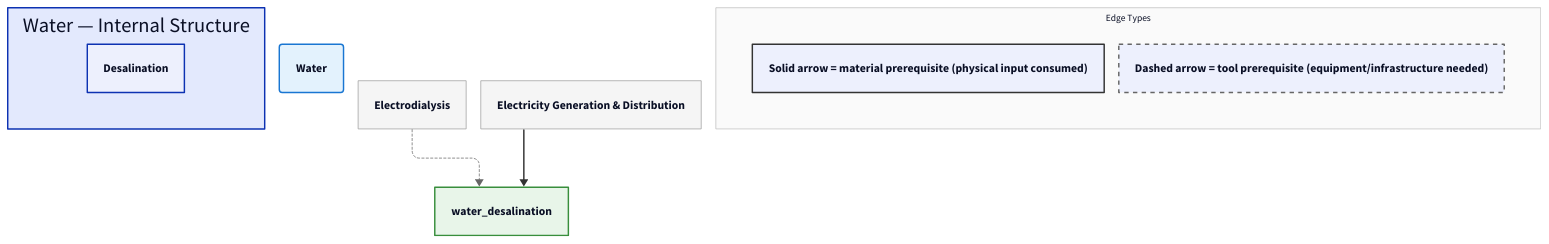
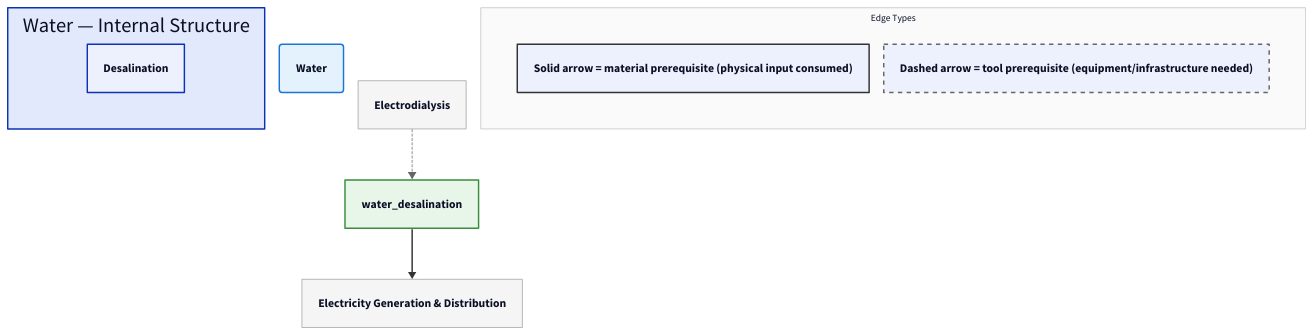
One commit to egofree/TechTree changed the diagram in diagrams/d2/water.d2. Above: the diagram before and after it, drawn with D2. The commit also changed 13 other files, not shown here.

First line of the commit message:
chore: regenerate diagrams after hyperlink changes

```diff
--- a/diagrams/d2/water.d2
+++ b/diagrams/d2/water.d2
@@ -1,128 +1,128 @@
 vars: {
   d2-config: {
     layout-engine: elk
     pad: 20
     center: true
   }
 }
 
 direction: down
 
 classes: {
   domain: {
     style: {
       fill: "#e3f2fd"
       stroke: "#1976d2"
       stroke-width: 2
       border-radius: 4
     }
   }
   capability: {
     style: {
       fill: "#e8f5e9"
       stroke: "#388e3c"
       stroke-width: 2
     }
   }
   process: {
     style: {
       fill: "#fff3e0"
       stroke: "#f57c00"
       stroke-width: 2
     }
   }
   critical: {
     style: {
       fill: "#fff3e0"
       stroke: "#f57c00"
       stroke-width: 3
       bold: true
     }
   }
   earlyWin: {
     style: {
       fill: "#e8f5e9"
       stroke: "#388e3c"
       stroke-width: 3
     }
   }
   pinnacle: {
     style: {
       fill: "#fce4ec"
       stroke: "#c62828"
       stroke-width: 3
       bold: true
     }
   }
   external: {
     style: {
       fill: "#f5f5f5"
       stroke: "#9e9e9e"
       stroke-width: 1
     }
   }
   legend: {
     style: {
       fill: "#fafafa"
       stroke: "#bdbdbd"
       stroke-width: 1
       font-size: 13
     }
   }
   material-edge: {
     style: {
       stroke: "#333333"
       stroke-width: 2
     }
   }
   tool-edge: {
     style: {
       stroke: "#666666"
       stroke-width: 1
       stroke-dash: 3
     }
   }
 }
 
 # ==================== INTERNAL NODES ====================
 water_internal: "Water — Internal Structure" {
   water_desalination: Desalination
 }
 
 # ==================== DOMAIN NODE ====================
 water: Water
 
 # ==================== EXTERNAL DEPENDENCIES ====================
 chemistry_electrodialysis: Electrodialysis {
   shape: rectangle
 }
 energy_electricity: "Electricity Generation & Distribution" {
   shape: rectangle
 }
 
 # ==================== EDGES ====================
-energy_electricity -> water_desalination: { class: material-edge }
+water_desalination -> energy_electricity: { class: material-edge }
 chemistry_electrodialysis -> water_desalination: { class: tool-edge }
 
 # ==================== STYLING ====================
 water.class: domain
 water_desalination.class: capability
 chemistry_electrodialysis.class: external
 energy_electricity.class: external
 
 # ==================== LEGEND ====================
 d2-legend: "Edge Types" {
   class: legend
   mat: "Solid arrow = material prerequisite (physical input consumed)" {
     style: {
       stroke: "#333333"
       stroke-width: 2
     }
   }
   tool: "Dashed arrow = tool prerequisite (equipment/infrastructure needed)" {
     style: {
       stroke: "#666666"
       stroke-dash: 3
     }
   }
 }
```
